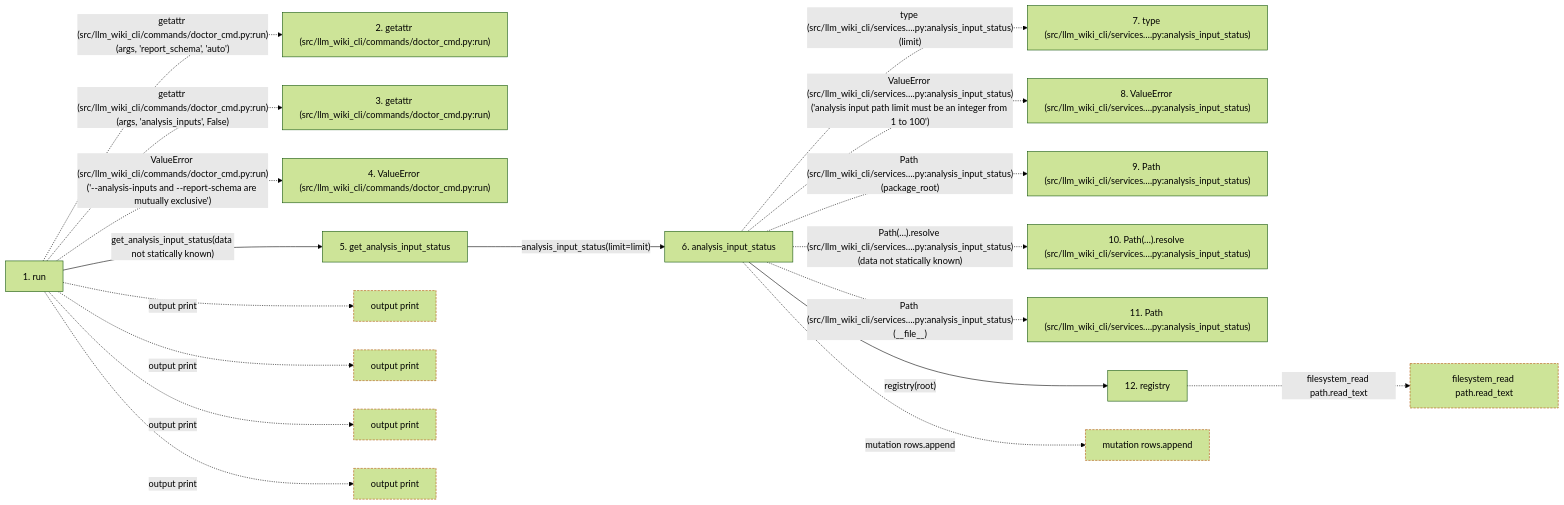
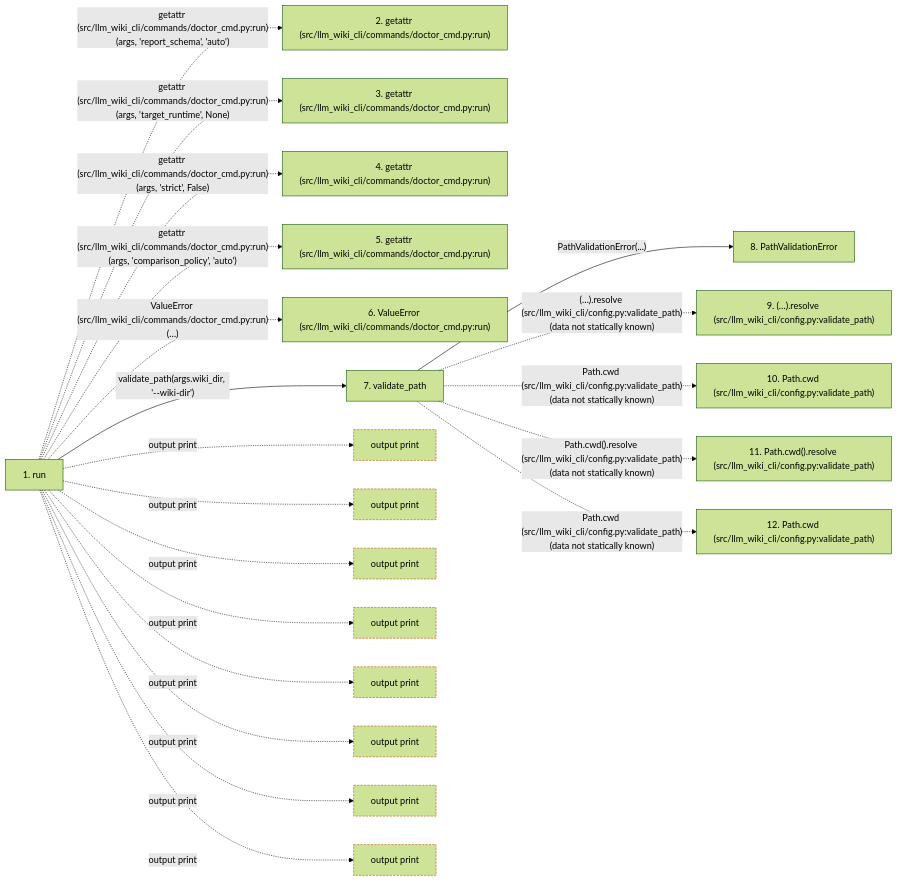
One commit to Denissvgn/python-wiki-llm changed the second of 2 diagrams in docs/llm_wiki/flows/cli-doctor.md. Above: the diagram before and after it, drawn with Mermaid (forest theme). The commit also changed other lines of this file and 386 other files, not shown here.

Commit message:
docs(wiki): explain declared target runtime prerequisites

````diff
--- a/docs/llm_wiki/flows/cli-doctor.md
+++ b/docs/llm_wiki/flows/cli-doctor.md
@@ -151,49 +170,54 @@
 ```mermaid
 flowchart LR
     s1["1. run"]
     s2["2. getattr (src/llm_wiki_cli/commands/doctor_cmd.py:run)"]
     s3["3. getattr (src/llm_wiki_cli/commands/doctor_cmd.py:run)"]
-    s4["4. ValueError (src/llm_wiki_cli/commands/doctor_cmd.py:run)"]
-    s5["5. get_analysis_input_status"]
-    s6["6. analysis_input_status"]
-    s7["7. type (src/llm_wiki_cli/services….py:analysis_input_status)"]
-    s8["8. ValueError (src/llm_wiki_cli/services….py:analysis_input_status)"]
-    s9["9. Path (src/llm_wiki_cli/services….py:analysis_input_status)"]
-    s10["10. Path(…).resolve (src/llm_wiki_cli/services….py:analysis_input_status)"]
-    s11["11. Path (src/llm_wiki_cli/services….py:analysis_input_status)"]
-    s12["12. registry"]
+    s4["4. getattr (src/llm_wiki_cli/commands/doctor_cmd.py:run)"]
+    s5["5. getattr (src/llm_wiki_cli/commands/doctor_cmd.py:run)"]
+    s6["6. ValueError (src/llm_wiki_cli/commands/doctor_cmd.py:run)"]
+    s7["7. validate_path"]
+    s8["8. PathValidationError"]
+    s9["9. (…).resolve (src/llm_wiki_cli/config.py:validate_path)"]
+    s10["10. Path.cwd (src/llm_wiki_cli/config.py:validate_path)"]
+    s11["11. Path.cwd().resolve (src/llm_wiki_cli/config.py:validate_path)"]
+    s12["12. Path.cwd (src/llm_wiki_cli/config.py:validate_path)"]
     s1 -. "getattr (src/llm_wiki_cli/commands/doctor_cmd.py:run)(args, 'report_schema', 'auto')" .-> s2
-    s1 -. "getattr (src/llm_wiki_cli/commands/doctor_cmd.py:run)(args, 'analysis_inputs', False)" .-> s3
-    s1 -. "ValueError (src/llm_wiki_cli/commands/doctor_cmd.py:run)('--analysis-inputs and --report-schema are mutually exclusive')" .-> s4
-    s1 -->|"get_analysis_input_status(data not statically known)"| s5
-    s5 -->|"analysis_input_status(limit=limit)"| s6
-    s6 -. "type (src/llm_wiki_cli/services….py:analysis_input_status)(limit)" .-> s7
-    s6 -. "ValueError (src/llm_wiki_cli/services….py:analysis_input_status)('analysis input path limit must be an integer from 1 to 100')" .-> s8
-    s6 -. "Path (src/llm_wiki_cli/services….py:analysis_input_status)(package_root)" .-> s9
-    s6 -. "Path(…).resolve (src/llm_wiki_cli/services….py:analysis_input_status)(data not statically known)" .-> s10
-    s6 -. "Path (src/llm_wiki_cli/services….py:analysis_input_status)(__file__)" .-> s11
-    s6 -->|"registry(root)"| s12
+    s1 -. "getattr (src/llm_wiki_cli/commands/doctor_cmd.py:run)(args, 'target_runtime', None)" .-> s3
+    s1 -. "getattr (src/llm_wiki_cli/commands/doctor_cmd.py:run)(args, 'strict', False)" .-> s4
+    s1 -. "getattr (src/llm_wiki_cli/commands/doctor_cmd.py:run)(args, 'comparison_policy', 'auto')" .-> s5
+    s1 -. "ValueError (src/llm_wiki_cli/commands/doctor_cmd.py:run)(…)" .-> s6
+    s1 -->|"validate_path(args.wiki_dir, '--wiki-dir')"| s7
+    s7 -->|"PathValidationError(...)"| s8
+    s7 -. "(…).resolve (src/llm_wiki_cli/config.py:validate_path)(data not statically known)" .-> s9
+    s7 -. "Path.cwd (src/llm_wiki_cli/config.py:validate_path)(data not statically known)" .-> s10
+    s7 -. "Path.cwd().resolve (src/llm_wiki_cli/config.py:validate_path)(data not statically known)" .-> s11
+    s7 -. "Path.cwd (src/llm_wiki_cli/config.py:validate_path)(data not statically known)" .-> s12
     b0["output print"]
     s1 -. "output print" .-> b0
     b1["output print"]
     s1 -. "output print" .-> b1
     b2["output print"]
     s1 -. "output print" .-> b2
     b3["output print"]
     s1 -. "output print" .-> b3
-    b4["mutation rows.append"]
-    s6 -. "mutation rows.append" .-> b4
-    b5["filesystem_read path.read_text"]
-    s12 -. "filesystem_read path.read_text" .-> b5
+    b4["output print"]
+    s1 -. "output print" .-> b4
+    b5["output print"]
+    s1 -. "output print" .-> b5
+    b6["output print"]
+    s1 -. "output print" .-> b6
+    b7["output print"]
+    s1 -. "output print" .-> b7
     click s1 "../modules/doctor_cmd.md"
-    click s5 "../modules/api.md"
-    click s6 "../modules/analysis_capture.md"
-    click s12 "../modules/analysis_capture.md"
+    click s7 "../modules/config.md"
+    click s8 "../modules/config.md"
     classDef boundary stroke:#b45309,stroke-dasharray: 4 2
     class b0 boundary
     class b1 boundary
     class b2 boundary
     class b3 boundary
     class b4 boundary
     class b5 boundary
+    class b6 boundary
+    class b7 boundary
 ```
````
